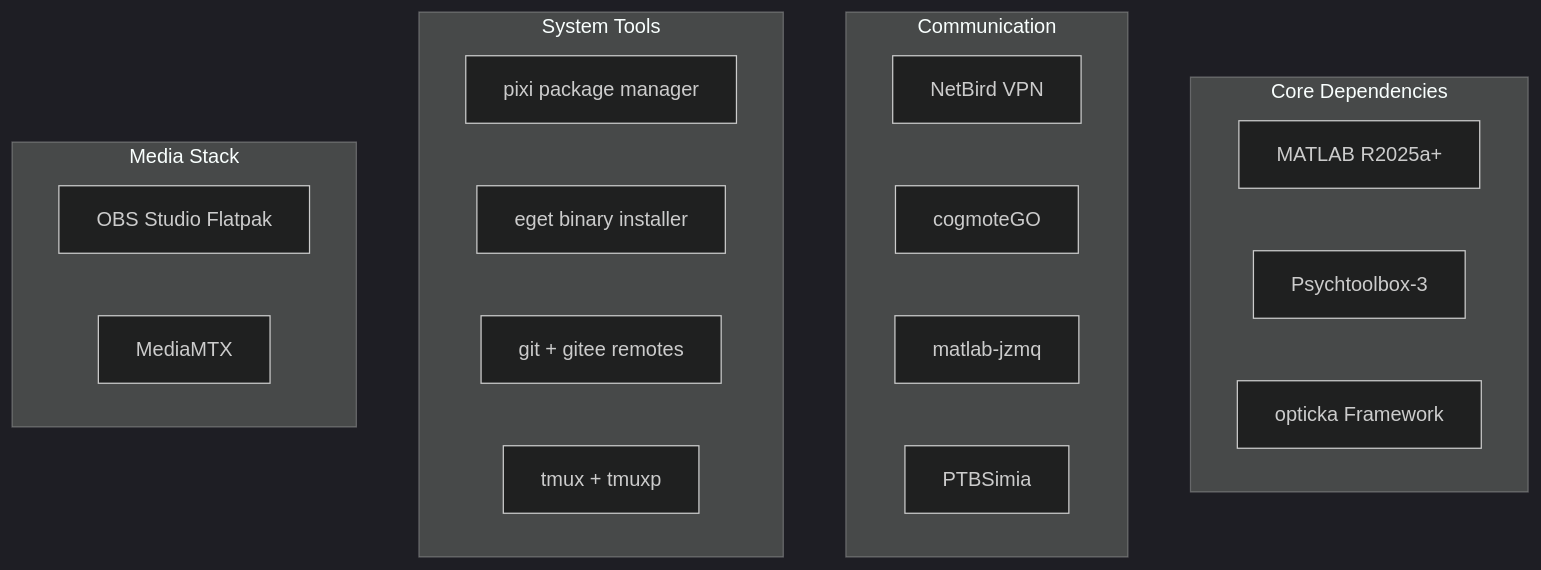
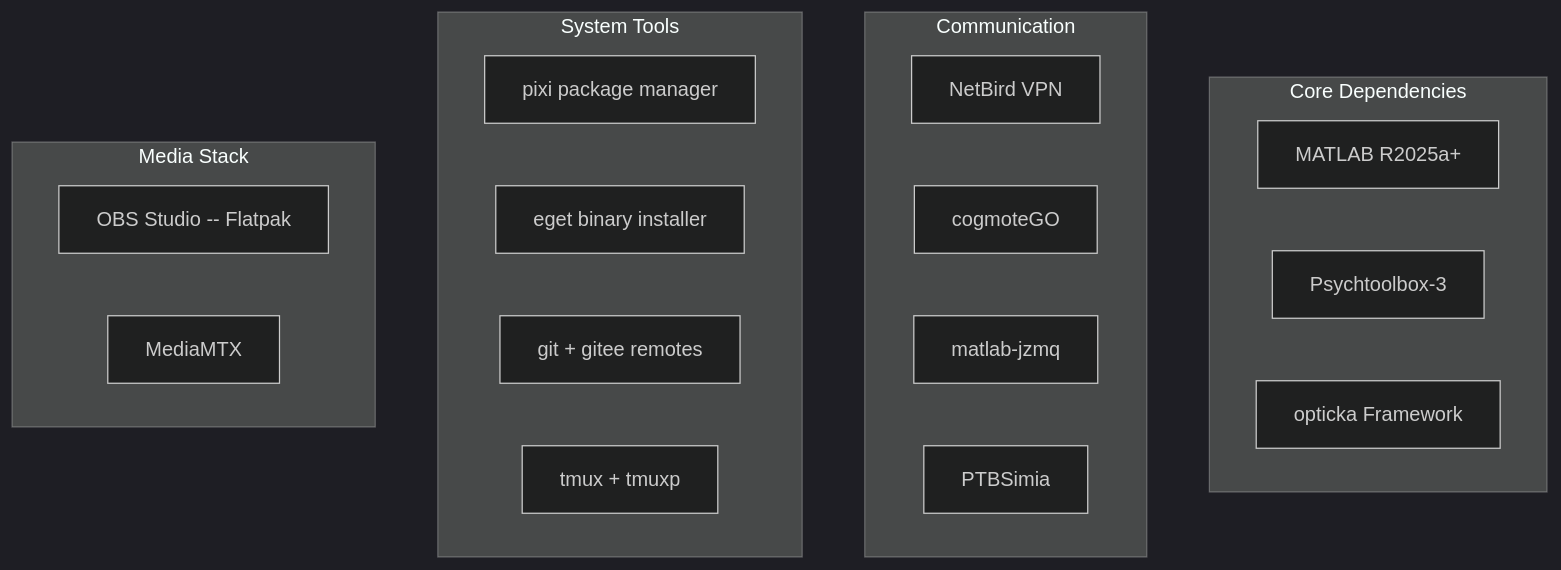
The second of 7 diagrams in docs/UserGuide.md (cagelab/CageLab-Code), drawn with Mermaid (dark theme) before and after one commit. The commit also changed other lines of this file and 3 other files, not shown here.

````diff
--- a/docs/UserGuide.md
+++ b/docs/UserGuide.md
@@ -113,27 +124,27 @@
 ```{.mermaid #fig:deps caption="Installation requirements" export_scale=5 width=100%}
 flowchart TD
     subgraph Core[Core Dependencies]
         MATLAB[MATLAB R2025a+]
         PTB[Psychtoolbox-3]
         opticka[opticka Framework]
     end
 
     subgraph Messaging[Communication]
         NetBird[NetBird VPN]
         cogmoteGO[cogmoteGO]
         matlabjzmq[matlab-jzmq]
         PTBSimia[PTBSimia]
     end
 
     subgraph Tools[System Tools]
         pixi[pixi package manager]
         eget[eget binary installer]
         git[git + gitee remotes]
         tmux[tmux + tmuxp]
     end
 
     subgraph Media[Media Stack]
-        OBS[OBS Studio Flatpak]
+        OBS[OBS Studio -- Flatpak]
         MTX[MediaMTX]
     end
 ```
````
